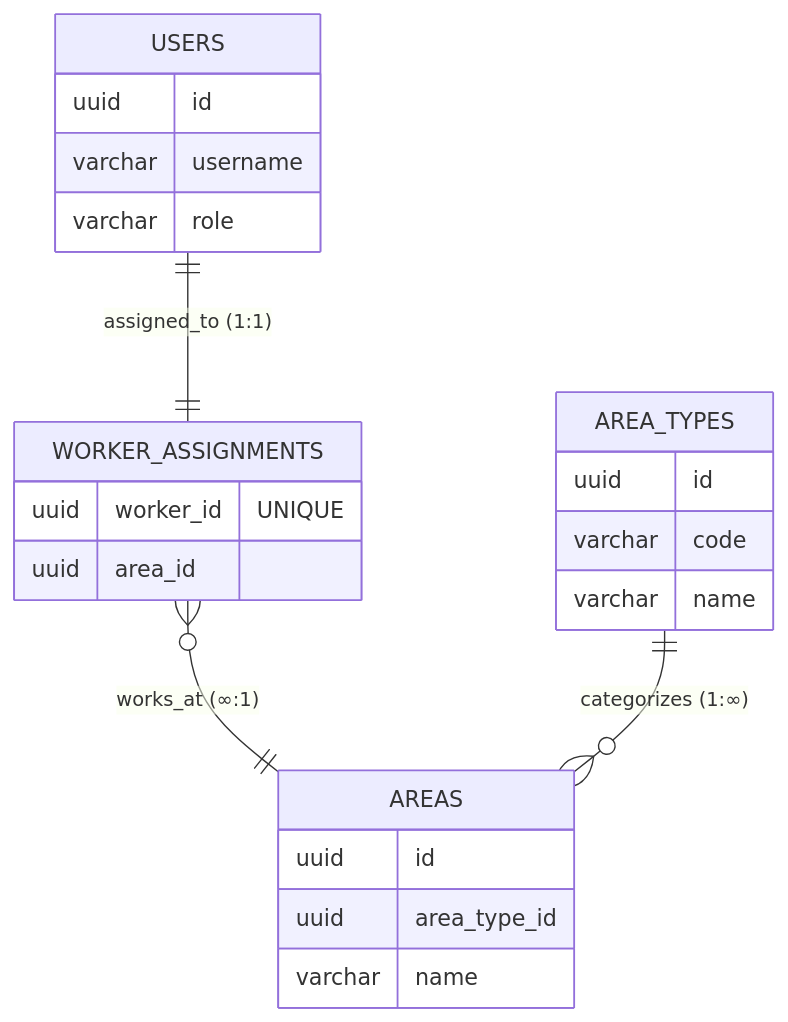
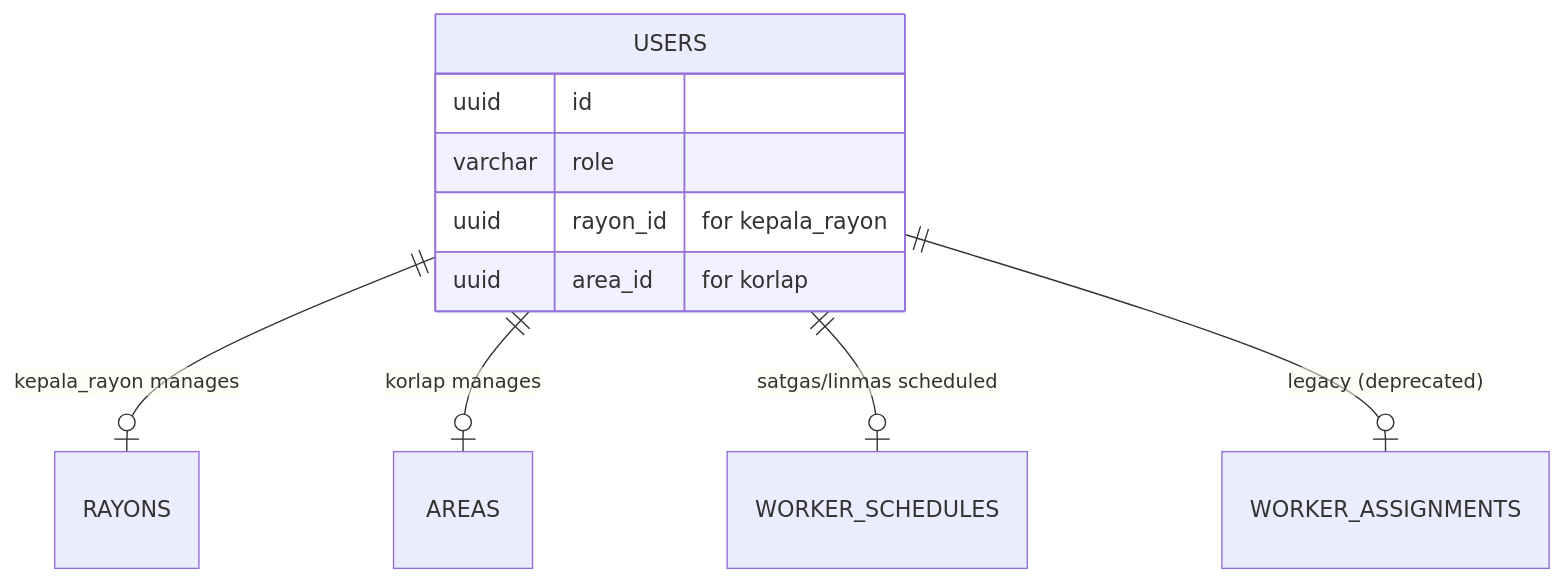
Before and after one commit to dlhsby/sekar: the third of 9 diagrams in specs/database/erd.md, drawn with Mermaid. The commit also changed other lines of this file and 24 other files, not shown here.

````diff
--- a/specs/database/erd.md
+++ b/specs/database/erd.md
@@ -120,29 +335,14 @@
 ```mermaid
 erDiagram
-    USERS ||--|| WORKER_ASSIGNMENTS : "assigned_to (1:1)"
-    WORKER_ASSIGNMENTS }o--|| AREAS : "works_at (∞:1)"
-    AREA_TYPES ||--o{ AREAS : "categorizes (1:∞)"
+    USERS ||--o| RAYONS : "kepala_rayon manages"
+    USERS ||--o| AREAS : "korlap manages"
+    USERS ||--o| WORKER_SCHEDULES : "satgas/linmas scheduled"
+    USERS ||--o| WORKER_ASSIGNMENTS : "legacy (deprecated)"
 
     USERS {
         uuid id
-        varchar username
         varchar role
-    }
-
-    WORKER_ASSIGNMENTS {
-        uuid worker_id "UNIQUE"
-        uuid area_id
-    }
-
-    AREAS {
-        uuid id
-        uuid area_type_id
-        varchar name
-    }
-
-    AREA_TYPES {
-        uuid id
-        varchar code
-        varchar name
+        uuid rayon_id "for kepala_rayon"
+        uuid area_id "for korlap"
     }
 ```
````
